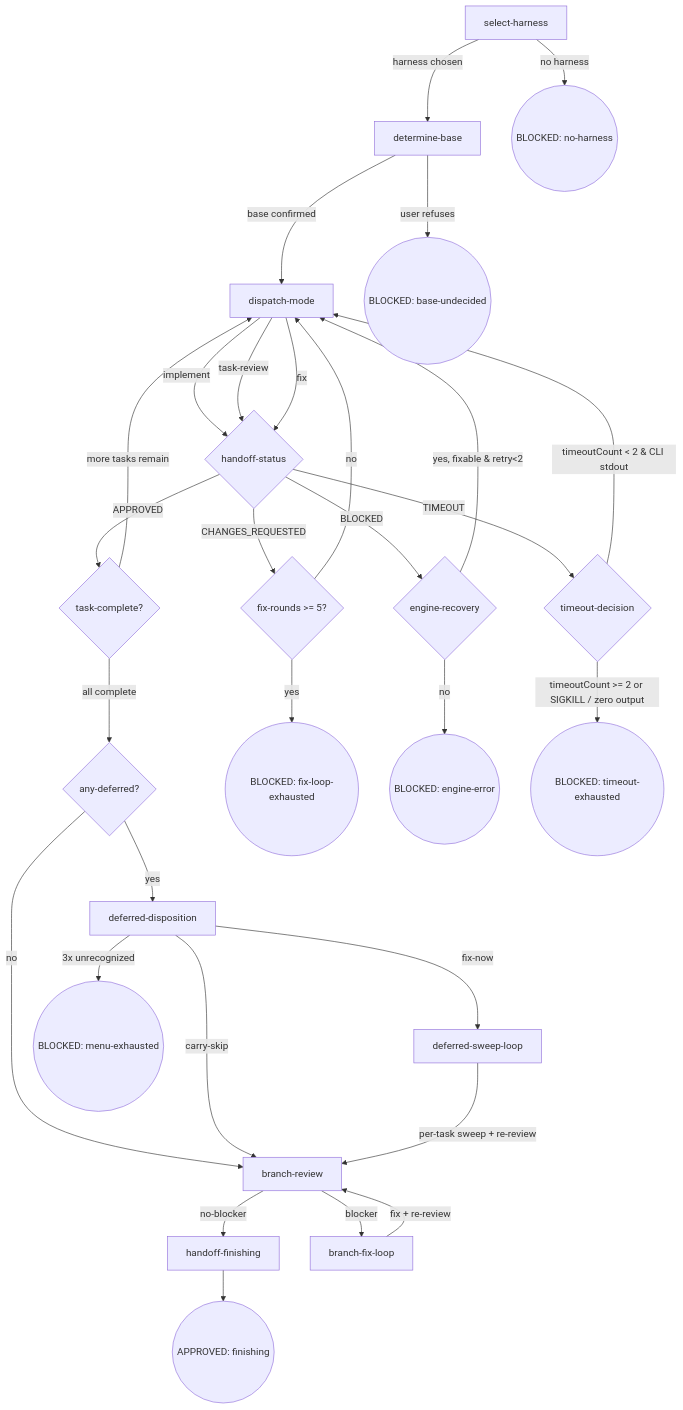
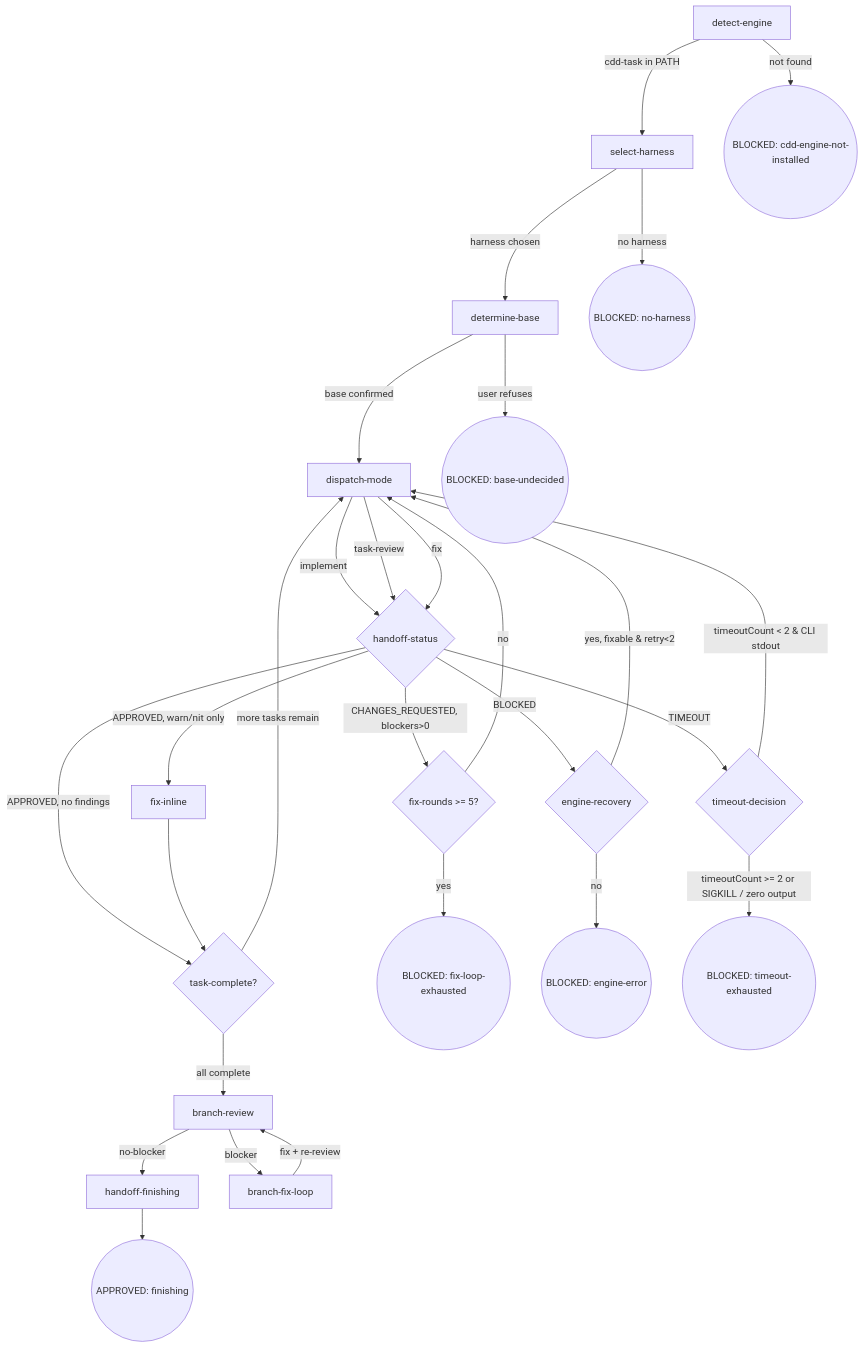
The diagram in packages/osuperpowers/.agents/skills/osuperpowers/cli-driven-development/SKILL.md (Oscaner/skills), drawn with Mermaid before and after one commit. The commit also changed other lines of this file and 38 other files, not shown here.

Commit message:
feat(osuperpowers): CDD task-12 — gate env propagation, prefix/suffix injection, templates restructure, SKILL.md updates + emit

````diff
--- a/packages/osuperpowers/.agents/skills/osuperpowers/cli-driven-development/SKILL.md
+++ b/packages/osuperpowers/.agents/skills/osuperpowers/cli-driven-development/SKILL.md
@@ -12,32 +12,30 @@
 ```mermaid
 flowchart TD
-  A[select-harness] -->|harness chosen| B[determine-base]
-  A -->|no harness| Z1((BLOCKED: no-harness))
-  B -->|base confirmed| C[dispatch-mode]
-  B -->|user refuses| Z2((BLOCKED: base-undecided))
-  C -->|implement| D{handoff-status}
-  C -->|task-review| D
-  C -->|fix| D
-  D -->|APPROVED| E{task-complete?}
-  D -->|CHANGES_REQUESTED| F{fix-rounds >= 5?}
-  D -->|BLOCKED| R{engine-recovery}
-  D -->|TIMEOUT| T{timeout-decision}
-  E -->|more tasks remain| C
-  E -->|all complete| G{any-deferred?}
-  F -->|no| C
-  F -->|yes| Z4((BLOCKED: fix-loop-exhausted))
-  R -->|yes, fixable & retry<2| C
+  A[detect-engine] -->|cdd-task in PATH| B[select-harness]
+  A -->|not found| Z0((BLOCKED: cdd-engine-not-installed))
+  B -->|harness chosen| C[determine-base]
+  B -->|no harness| Z1((BLOCKED: no-harness))
+  C -->|base confirmed| D[dispatch-mode]
+  C -->|user refuses| Z2((BLOCKED: base-undecided))
+  D -->|implement| E{handoff-status}
+  D -->|task-review| E
+  D -->|fix| E
+  E -->|APPROVED, no findings| F{task-complete?}
+  E -->|APPROVED, warn/nit only| FIX_INLINE[fix-inline]
+  FIX_INLINE --> F
+  E -->|CHANGES_REQUESTED, blockers>0| G{fix-rounds >= 5?}
+  E -->|BLOCKED| R{engine-recovery}
+  E -->|TIMEOUT| T{timeout-decision}
+  F -->|more tasks remain| D
+  F -->|all complete| K[branch-review]
+  G -->|no| D
+  G -->|yes| Z4((BLOCKED: fix-loop-exhausted))
+  R -->|yes, fixable & retry<2| D
   R -->|no| Z3((BLOCKED: engine-error))
-  T -->|timeoutCount < 2 & CLI stdout| C
+  T -->|timeoutCount < 2 & CLI stdout| D
   T -->|timeoutCount >= 2 or SIGKILL / zero output| Z6((BLOCKED: timeout-exhausted))
-  G -->|no| K[branch-review]
-  G -->|yes| H[deferred-disposition]
-  H -->|fix-now| I[deferred-sweep-loop]
-  H -->|carry-skip| K
-  H -->|3x unrecognized| Z5((BLOCKED: menu-exhausted))
-  I -->|per-task sweep + re-review| K
   K -->|no-blocker| L[handoff-finishing]
   K -->|blocker| J[branch-fix-loop]
   J -->|fix + re-review| K
   L --> M((APPROVED: finishing))
 ```
````
